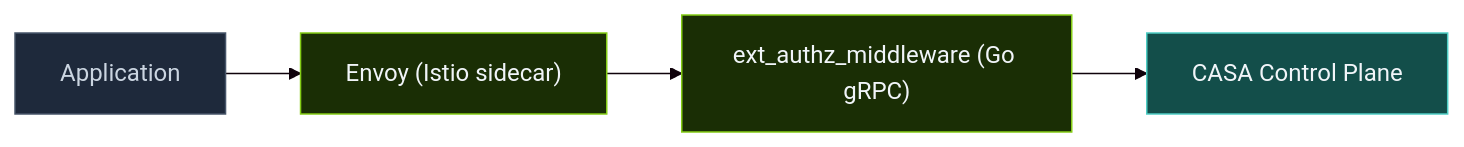
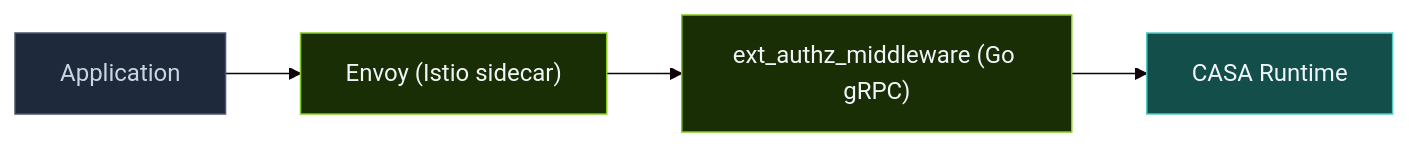
One commit to outshift-open/CASA changed the diagram in docs/ui/docs/deployment-modes/istio.md. Above: the diagram before and after it, drawn with Mermaid. The commit also changed other lines of this file and 95 other files, not shown here.

Commit message:
feat: Rename to CASA runtime

````diff
--- a/docs/ui/docs/deployment-modes/istio.md
+++ b/docs/ui/docs/deployment-modes/istio.md
@@ -15,12 +15,12 @@
 ```mermaid
 %%{init: {'theme': 'base', 'themeVariables': {'background': '#f0fdf4', 'edgeLabelBackground': '#f0fdf4'}}}%%
 graph LR
     Application --> Envoy["Envoy (Istio sidecar)"]
     Envoy --> ext_authz["ext_authz_middleware (Go gRPC)"]
-    ext_authz --> CASA["CASA Control Plane"]
+    ext_authz --> CASA["CASA Runtime"]
 
     style Application fill:#1e293b,stroke:#475569,color:#cbd5e1
     style Envoy fill:#1a2e05,stroke:#84cc16,color:#f1f5f9
     style ext_authz fill:#1a2e05,stroke:#84cc16,color:#f1f5f9
     style CASA fill:#134e4a,stroke:#4ecdc4,color:#f1f5f9
 ```
````
